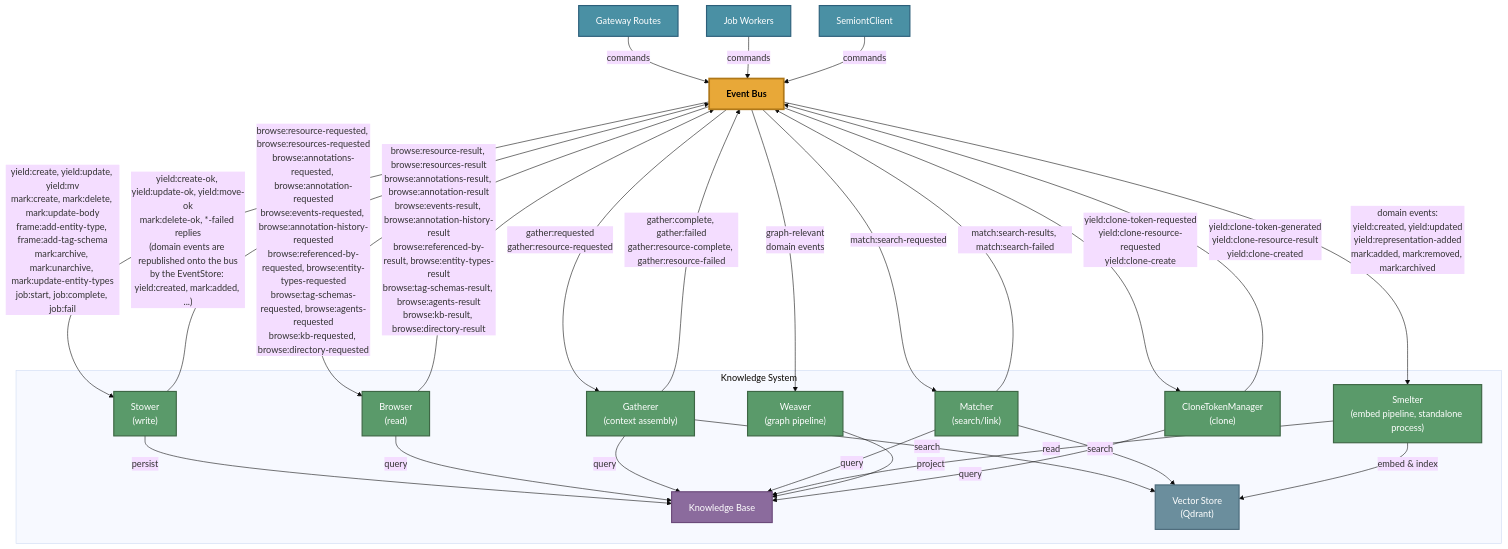
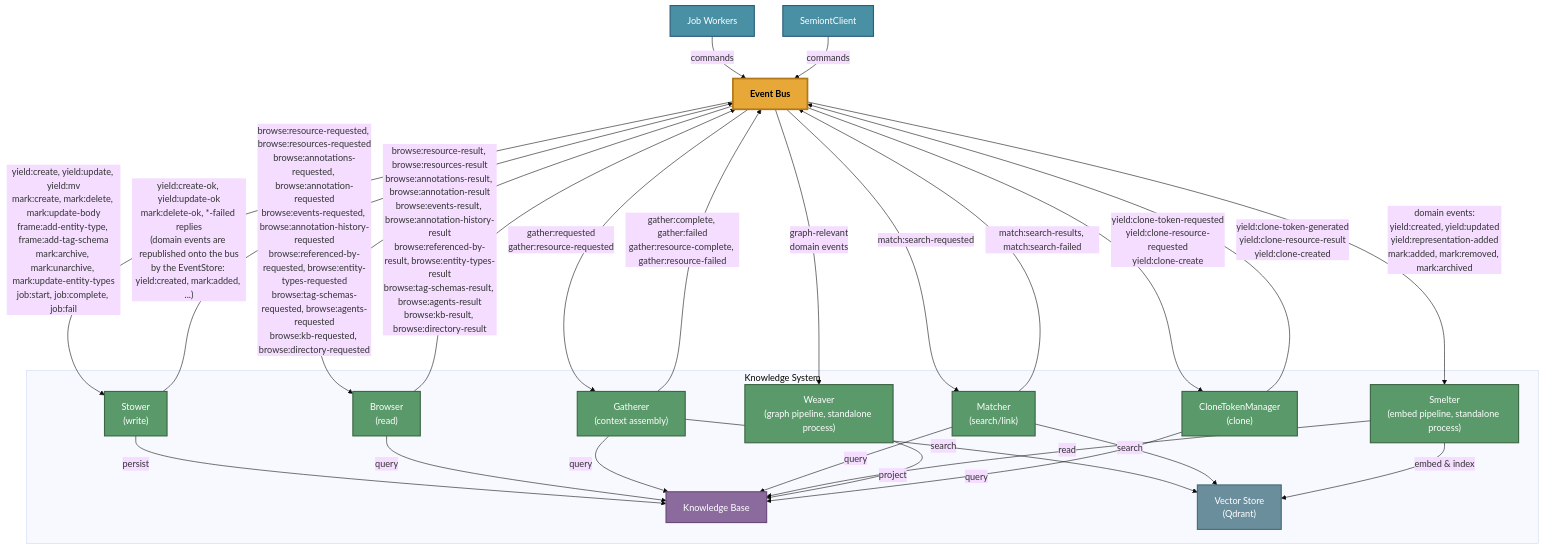
The diagram in packages/make-meaning/README.md (The-AI-Alliance/semiont), drawn with Mermaid (base theme) before and after one commit. The commit also changed other lines of this file and 1272 other files, not shown here.

````diff
--- a/packages/make-meaning/README.md
+++ b/packages/make-meaning/README.md
@@ -119,54 +118,53 @@
 ```mermaid
 graph TB
-    Routes["Gateway Routes"] -->|commands| BUS["Event Bus"]
-    Workers["Job Workers"] -->|commands| BUS
+    Workers["Job Workers"] -->|commands| BUS["Event Bus"]
     EBC["SemiontClient"] -->|commands| BUS
 
     subgraph ks ["Knowledge System"]
         STOWER["Stower<br/>(write)"]
         BROWSER["Browser<br/>(read)"]
         GATHERER["Gatherer<br/>(context assembly)"]
         MATCHER["Matcher<br/>(search/link)"]
         SMELTER["Smelter<br/>(embed pipeline, standalone process)"]
-        WEAVER["Weaver<br/>(graph pipeline)"]
+        WEAVER["Weaver<br/>(graph pipeline, standalone process)"]
         CTM["CloneTokenManager<br/>(clone)"]
         KB["Knowledge Base"]
         VECTORS["Vector Store<br/>(Qdrant)"]
         STOWER -->|persist| KB
         BROWSER -->|query| KB
         GATHERER -->|query| KB
         GATHERER -->|search| VECTORS
         MATCHER -->|query| KB
         MATCHER -->|search| VECTORS
         SMELTER -->|embed & index| VECTORS
         SMELTER -->|read| KB
         WEAVER -->|project| KB
         CTM -->|query| KB
     end
 
     BUS -->|"yield:create, yield:update, yield:mv<br/>mark:create, mark:delete, mark:update-body<br/>frame:add-entity-type, frame:add-tag-schema<br/>mark:archive, mark:unarchive, mark:update-entity-types<br/>job:start, job:complete, job:fail"| STOWER
     BUS -->|"browse:resource-requested, browse:resources-requested<br/>browse:annotations-requested, browse:annotation-requested<br/>browse:events-requested, browse:annotation-history-requested<br/>browse:referenced-by-requested, browse:entity-types-requested<br/>browse:tag-schemas-requested, browse:agents-requested<br/>browse:kb-requested, browse:directory-requested"| BROWSER
     BUS -->|"gather:requested<br/>gather:resource-requested"| GATHERER
     BUS -->|"match:search-requested"| MATCHER
     BUS -->|"domain events:<br/>yield:created, yield:updated<br/>yield:representation-added<br/>mark:added, mark:removed, mark:archived"| SMELTER
     BUS -->|"graph-relevant<br/>domain events"| WEAVER
     BUS -->|"yield:clone-token-requested<br/>yield:clone-resource-requested<br/>yield:clone-create"| CTM
 
-    STOWER -->|"yield:create-ok, yield:update-ok, yield:move-ok<br/>mark:delete-ok, *-failed replies<br/>(domain events are republished onto the bus<br/>by the EventStore: yield:created, mark:added, ...)"| BUS
+    STOWER -->|"yield:create-ok, yield:update-ok<br/>mark:delete-ok, *-failed replies<br/>(domain events are republished onto the bus<br/>by the EventStore: yield:created, mark:added, ...)"| BUS
     BROWSER -->|"browse:resource-result, browse:resources-result<br/>browse:annotations-result, browse:annotation-result<br/>browse:events-result, browse:annotation-history-result<br/>browse:referenced-by-result, browse:entity-types-result<br/>browse:tag-schemas-result, browse:agents-result<br/>browse:kb-result, browse:directory-result"| BUS
     GATHERER -->|"gather:complete, gather:failed<br/>gather:resource-complete, gather:resource-failed"| BUS
     MATCHER -->|"match:search-results, match:search-failed"| BUS
     CTM -->|"yield:clone-token-generated<br/>yield:clone-resource-result<br/>yield:clone-created"| BUS
 
     classDef bus fill:#e8a838,stroke:#b07818,stroke-width:3px,color:#000,font-weight:bold
     classDef actor fill:#5a9a6a,stroke:#3d6644,stroke-width:2px,color:#fff
     classDef kb fill:#8b6b9d,stroke:#6b4a7a,stroke-width:2px,color:#fff
     classDef caller fill:#4a90a4,stroke:#2c5f7a,stroke-width:2px,color:#fff
 
     class BUS bus
     classDef vectorstore fill:#6b8e9d,stroke:#4a6a7a,stroke-width:2px,color:#fff
     class STOWER,BROWSER,GATHERER,MATCHER,SMELTER,WEAVER,CTM actor
     class KB kb
     class VECTORS vectorstore
-    class Routes,Workers,EBC caller
+    class Workers,EBC caller
 ```
````
